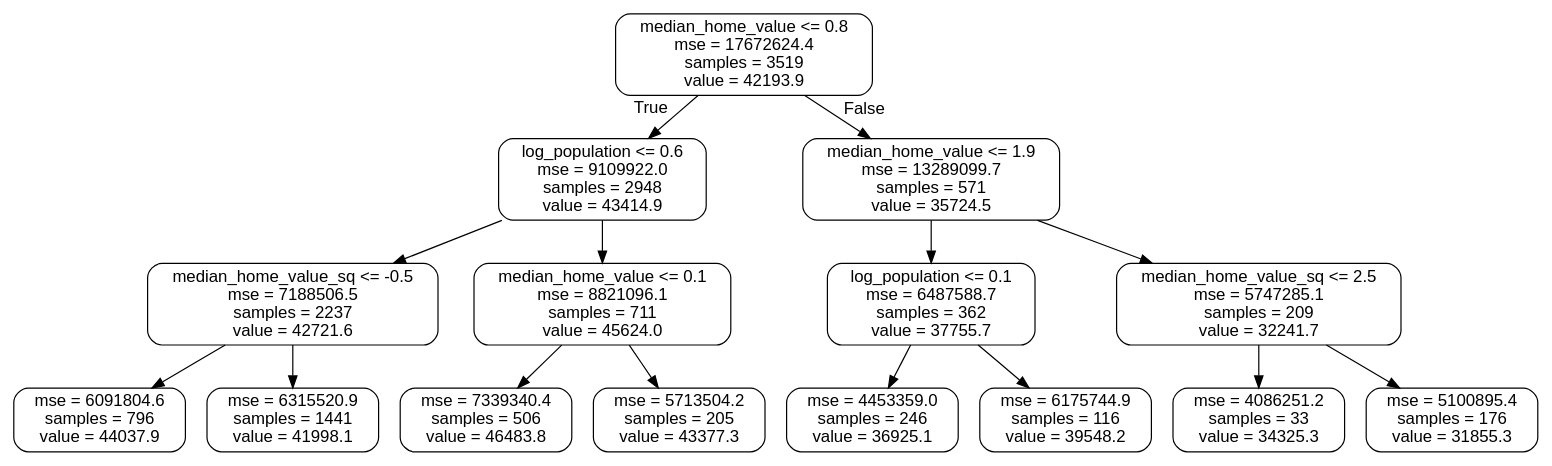
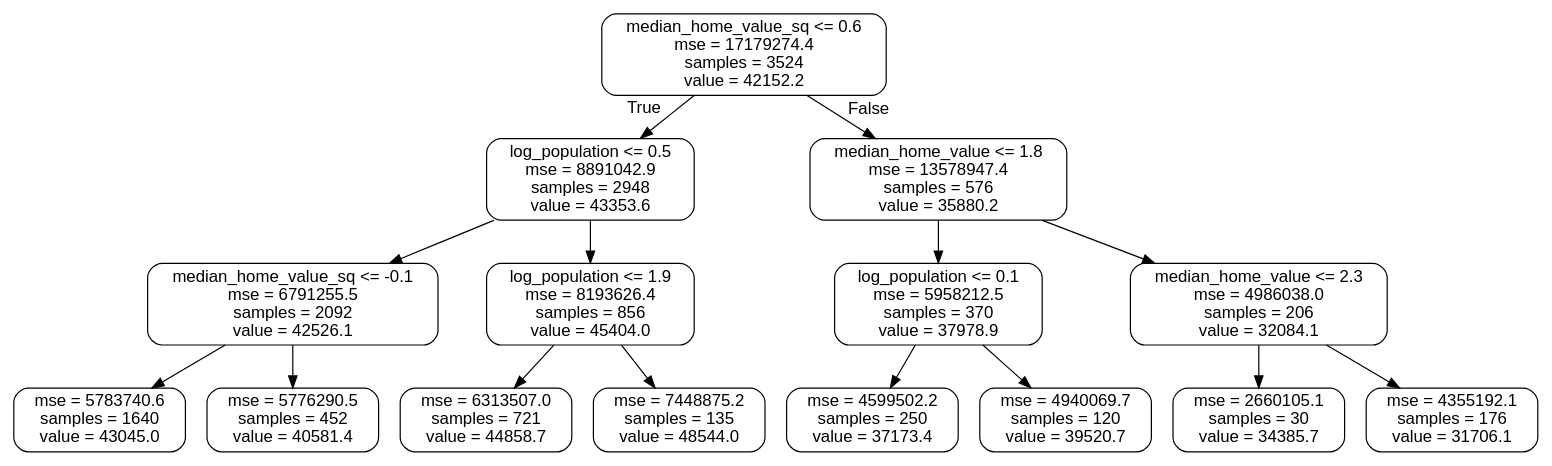
Before and after one commit to mikekeith52/PythonRegression: the diagram in rf_small_tree.dot, drawn with Graphviz. The commit also changed 4 other files, not shown here.

```diff
--- a/rf_small_tree.dot
+++ b/rf_small_tree.dot
@@ -1,33 +1,33 @@
 digraph Tree {
 node [shape=box, style="rounded", color="black", fontname=helvetica] ;
 edge [fontname=helvetica] ;
-0 [label="median_home_value <= 0.8\nmse = 17672624.4\nsamples = 3519\nvalue = 42193.9"] ;
-1 [label="log_population <= 0.6\nmse = 9109922.0\nsamples = 2948\nvalue = 43414.9"] ;
+0 [label="median_home_value_sq <= 0.6\nmse = 17179274.4\nsamples = 3524\nvalue = 42152.2"] ;
+1 [label="log_population <= 0.5\nmse = 8891042.9\nsamples = 2948\nvalue = 43353.6"] ;
 0 -> 1 [labeldistance=2.5, labelangle=45, headlabel="True"] ;
-2 [label="median_home_value_sq <= -0.5\nmse = 7188506.5\nsamples = 2237\nvalue = 42721.6"] ;
+2 [label="median_home_value_sq <= -0.1\nmse = 6791255.5\nsamples = 2092\nvalue = 42526.1"] ;
 1 -> 2 ;
-3 [label="mse = 6091804.6\nsamples = 796\nvalue = 44037.9"] ;
+3 [label="mse = 5783740.6\nsamples = 1640\nvalue = 43045.0"] ;
 2 -> 3 ;
-4 [label="mse = 6315520.9\nsamples = 1441\nvalue = 41998.1"] ;
+4 [label="mse = 5776290.5\nsamples = 452\nvalue = 40581.4"] ;
 2 -> 4 ;
-5 [label="median_home_value <= 0.1\nmse = 8821096.1\nsamples = 711\nvalue = 45624.0"] ;
+5 [label="log_population <= 1.9\nmse = 8193626.4\nsamples = 856\nvalue = 45404.0"] ;
 1 -> 5 ;
-6 [label="mse = 7339340.4\nsamples = 506\nvalue = 46483.8"] ;
+6 [label="mse = 6313507.0\nsamples = 721\nvalue = 44858.7"] ;
 5 -> 6 ;
-7 [label="mse = 5713504.2\nsamples = 205\nvalue = 43377.3"] ;
+7 [label="mse = 7448875.2\nsamples = 135\nvalue = 48544.0"] ;
 5 -> 7 ;
-8 [label="median_home_value <= 1.9\nmse = 13289099.7\nsamples = 571\nvalue = 35724.5"] ;
+8 [label="median_home_value <= 1.8\nmse = 13578947.4\nsamples = 576\nvalue = 35880.2"] ;
 0 -> 8 [labeldistance=2.5, labelangle=-45, headlabel="False"] ;
-9 [label="log_population <= 0.1\nmse = 6487588.7\nsamples = 362\nvalue = 37755.7"] ;
+9 [label="log_population <= 0.1\nmse = 5958212.5\nsamples = 370\nvalue = 37978.9"] ;
 8 -> 9 ;
-10 [label="mse = 4453359.0\nsamples = 246\nvalue = 36925.1"] ;
+10 [label="mse = 4599502.2\nsamples = 250\nvalue = 37173.4"] ;
 9 -> 10 ;
-11 [label="mse = 6175744.9\nsamples = 116\nvalue = 39548.2"] ;
+11 [label="mse = 4940069.7\nsamples = 120\nvalue = 39520.7"] ;
 9 -> 11 ;
-12 [label="median_home_value_sq <= 2.5\nmse = 5747285.1\nsamples = 209\nvalue = 32241.7"] ;
+12 [label="median_home_value <= 2.3\nmse = 4986038.0\nsamples = 206\nvalue = 32084.1"] ;
 8 -> 12 ;
-13 [label="mse = 4086251.2\nsamples = 33\nvalue = 34325.3"] ;
+13 [label="mse = 2660105.1\nsamples = 30\nvalue = 34385.7"] ;
 12 -> 13 ;
-14 [label="mse = 5100895.4\nsamples = 176\nvalue = 31855.3"] ;
+14 [label="mse = 4355192.1\nsamples = 176\nvalue = 31706.1"] ;
 12 -> 14 ;
 }
```
